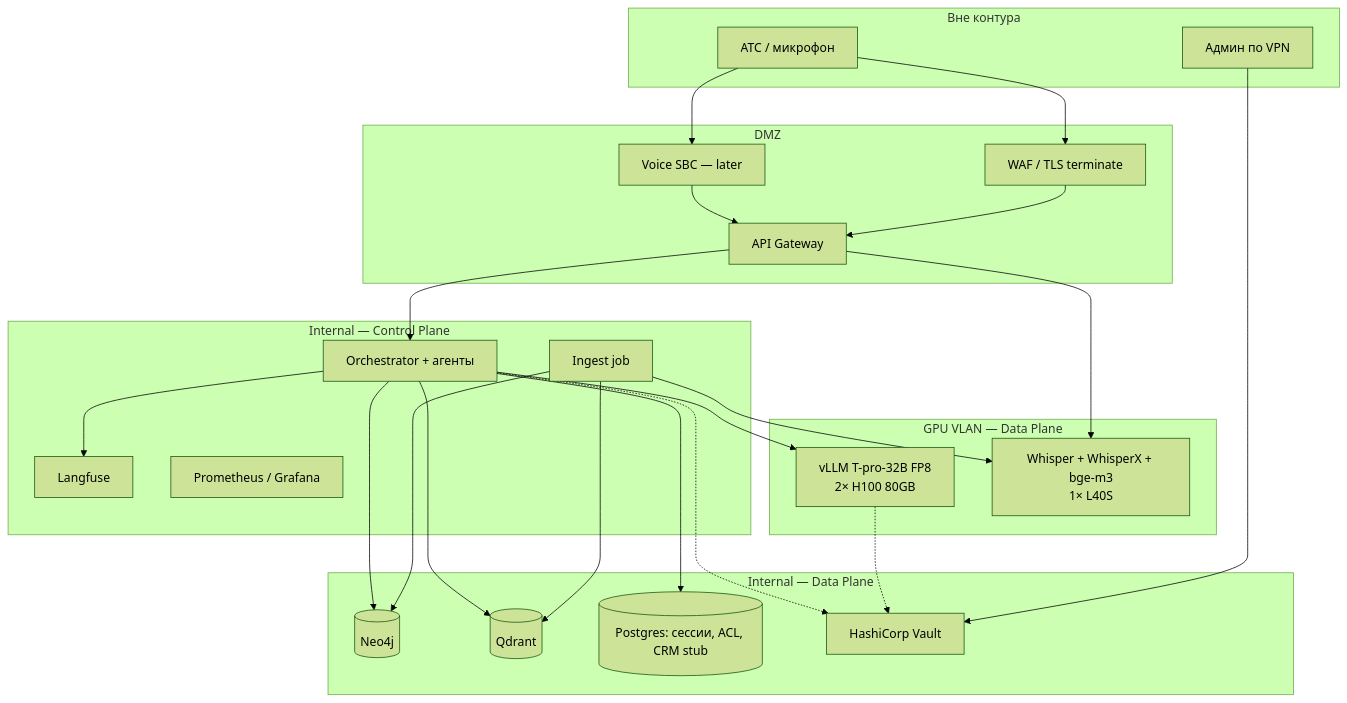
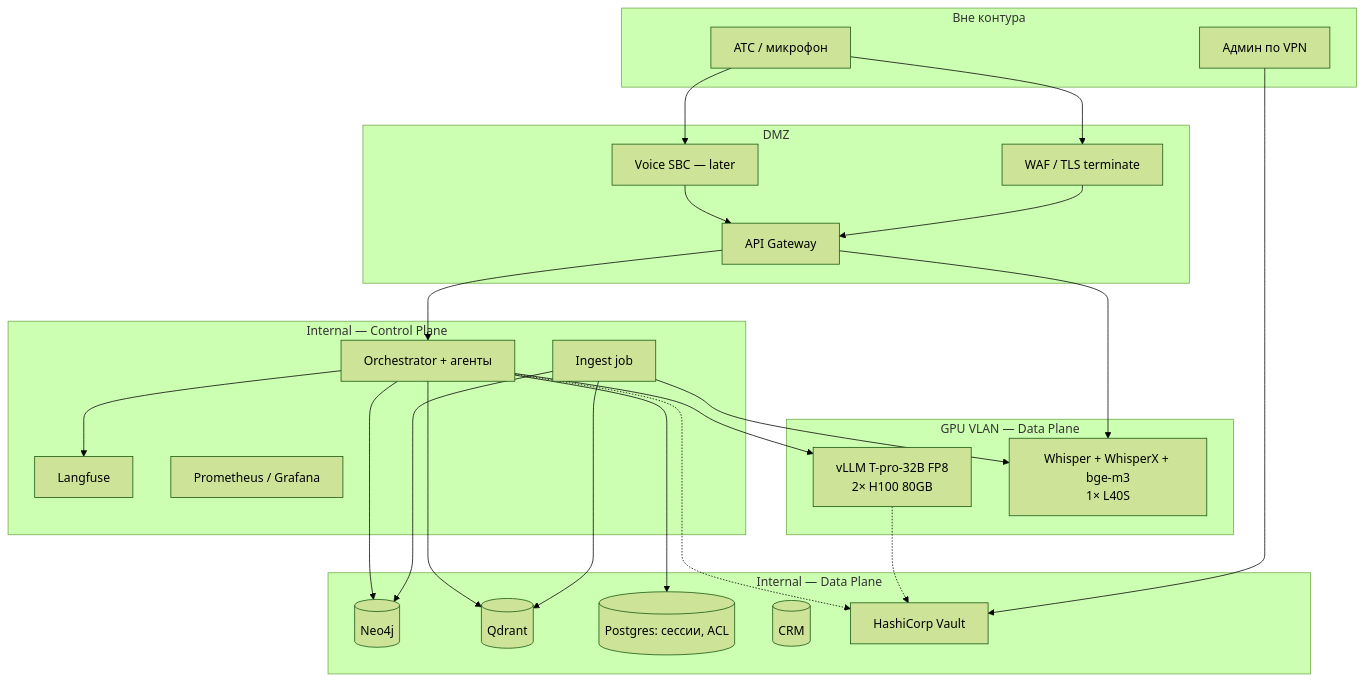
One commit to divisee/otus-ai-architect changed the seventh of 8 diagrams in final-project/README.md. Above: the diagram before and after it, drawn with Mermaid (forest theme). The commit also changed other lines of this file, not shown here.

Commit message:
Call the booking system CRM on every diagram and drop the paired context table.

````diff
--- a/final-project/README.md
+++ b/final-project/README.md
@@ -494,50 +491,51 @@
 ```mermaid
 flowchart TB
     subgraph INET["Вне контура"]
         TEL[АТС / микрофон]
         ADM[Админ по VPN]
     end
 
     subgraph DMZ["DMZ"]
         WAF[WAF / TLS terminate]
         SIP[Voice SBC — later]
         GW[API Gateway]
     end
 
     subgraph INT["Internal — Control Plane"]
         ORCH[Orchestrator + агенты]
         ING[Ingest job]
         LF[Langfuse]
         PROM[Prometheus / Grafana]
     end
 
     subgraph DATA["Internal — Data Plane"]
         NEO[(Neo4j)]
         QD[(Qdrant)]
-        PG[(Postgres: сессии, ACL, CRM stub)]
+        PG[(Postgres: сессии, ACL)]
+        CRM[(CRM)]
         VAULT[HashiCorp Vault]
     end
 
     subgraph GPU["GPU VLAN — Data Plane"]
         VLLM[vLLM T-pro-32B FP8<br/>2× H100 80GB]
         WHIS[Whisper + WhisperX + bge-m3<br/>1× L40S]
     end
 
     TEL --> WAF
     TEL --> SIP
     SIP --> GW
     WAF --> GW
     GW --> ORCH
     ORCH --> NEO
     ORCH --> QD
     ORCH --> PG
     ORCH --> VLLM
     GW --> WHIS
     ING --> NEO
     ING --> QD
     ING --> WHIS
     ORCH --> LF
     ORCH -.-> VAULT
     VLLM -.-> VAULT
     ADM --> VAULT
 ```
````
